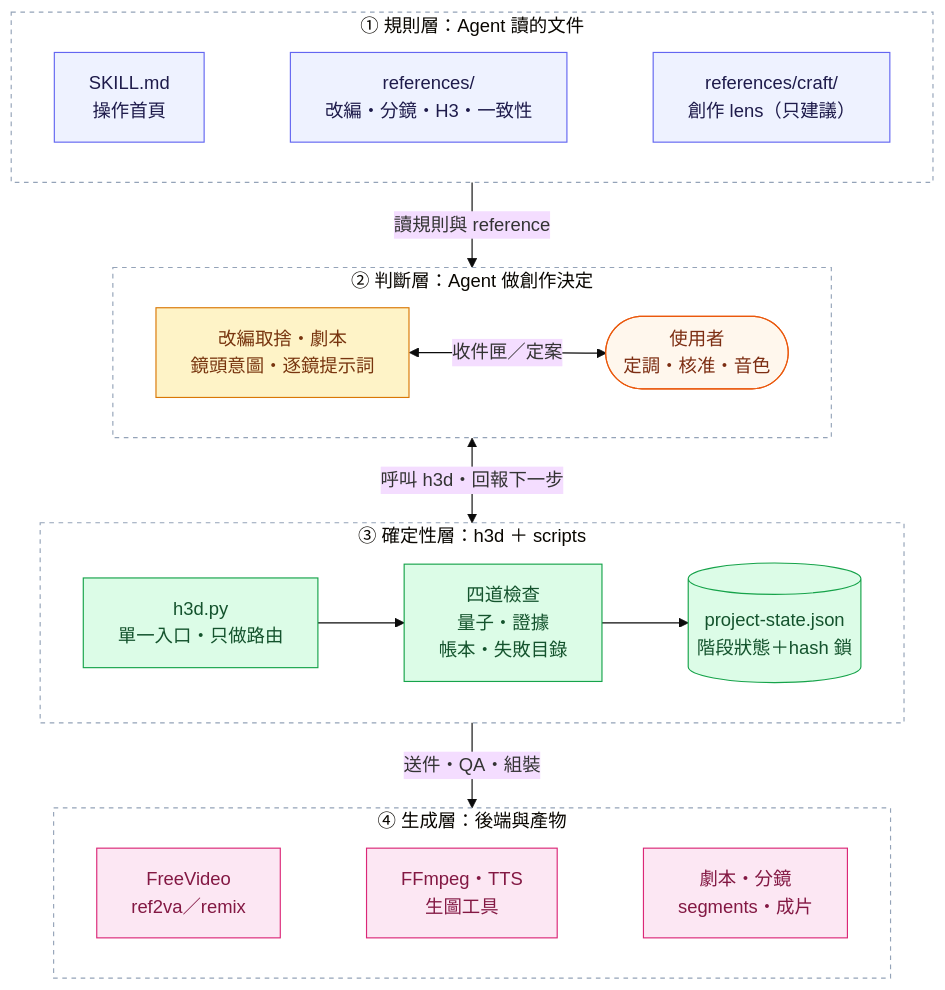
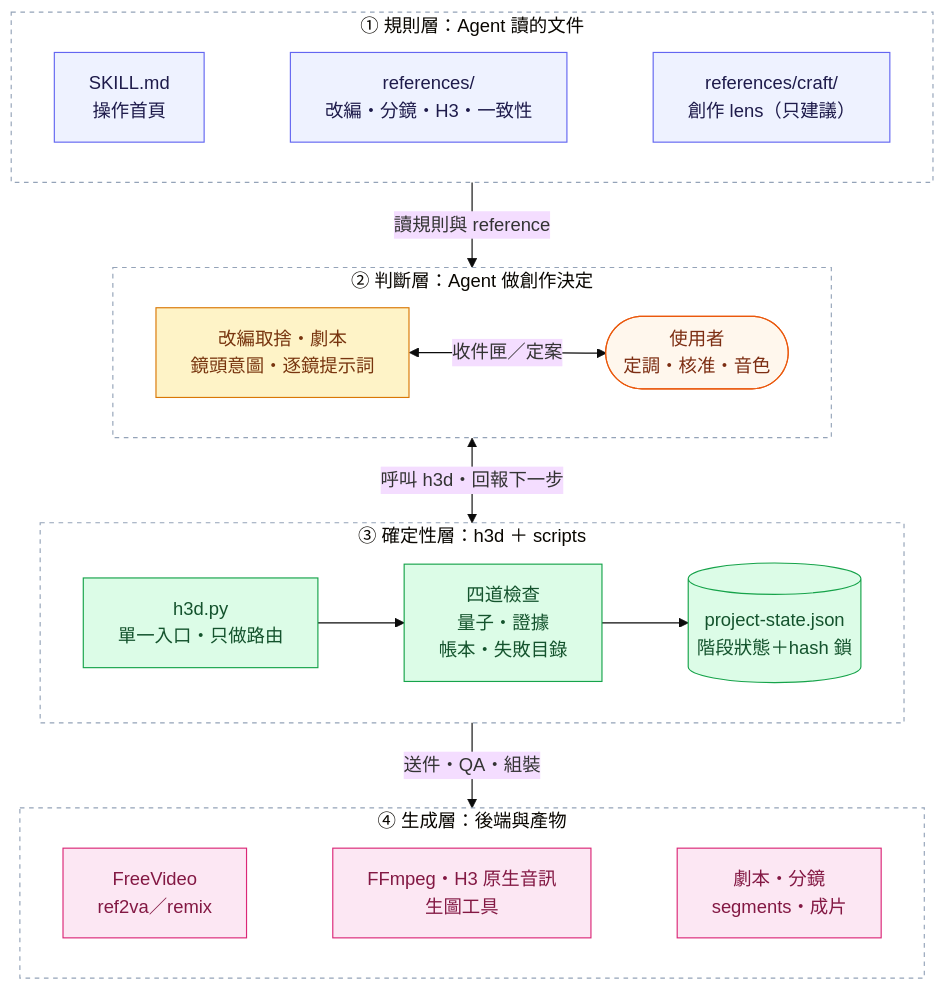
Before and after one commit to ayase0307/ai-comic-drama: the first of 4 diagrams in README.md, drawn with Mermaid (base theme). The commit also changed other lines of this file, not shown here.

Commit message:
docs: README 改為原生音訊流程，移除 TTS 說明

````diff
--- a/README.md
+++ b/README.md
@@ -65,36 +65,36 @@
 ```mermaid
 flowchart TB
     subgraph L1["① 規則層：Agent 讀的文件"]
         direction LR
         SK["SKILL.md<br/>操作首頁"] ~~~ REF["references/<br/>改編・分鏡・H3・一致性"] ~~~ LENS["references/craft/<br/>創作 lens（只建議）"]
     end
     subgraph L2["② 判斷層：Agent 做創作決定"]
         direction LR
         AG["改編取捨・劇本<br/>鏡頭意圖・逐鏡提示詞"] <-->|"收件匣／定案"| USER(["使用者<br/>定調・核准・音色"])
     end
     subgraph L3["③ 確定性層：h3d ＋ scripts"]
         direction LR
         H3D["h3d.py<br/>單一入口・只做路由"] --> CHK["四道檢查<br/>量子・證據<br/>帳本・失敗目錄"] --> STATE[("project-state.json<br/>階段狀態＋hash 鎖")]
     end
     subgraph L4["④ 生成層：後端與產物"]
         direction LR
-        FV["FreeVideo<br/>ref2va／remix"] ~~~ MEDIA["FFmpeg・TTS<br/>生圖工具"] ~~~ OUT["劇本・分鏡<br/>segments・成片"]
+        FV["FreeVideo<br/>ref2va／remix"] ~~~ MEDIA["FFmpeg・H3 原生音訊<br/>生圖工具"] ~~~ OUT["劇本・分鏡<br/>segments・成片"]
     end
     L1 -->|"讀規則與 reference"| L2
     L2 <-->|"呼叫 h3d・回報下一步"| L3
     L3 -->|"送件・QA・組裝"| L4
     style L1 fill:none,stroke:#94a3b8,stroke-dasharray:4 4
     style L2 fill:none,stroke:#94a3b8,stroke-dasharray:4 4
     style L3 fill:none,stroke:#94a3b8,stroke-dasharray:4 4
     style L4 fill:none,stroke:#94a3b8,stroke-dasharray:4 4
     classDef rule fill:#eef2ff,stroke:#6366f1,color:#1e1b4b
     classDef agent fill:#fef3c7,stroke:#d97706,color:#78350f
     classDef det fill:#dcfce7,stroke:#16a34a,color:#14532d
     classDef gen fill:#fce7f3,stroke:#db2777,color:#831843
     classDef user fill:#fff7ed,stroke:#ea580c,color:#7c2d12
     class SK,REF,LENS rule
     class AG agent
     class USER user
     class H3D,CHK,STATE det
     class FV,MEDIA,OUT gen
 ```
````
